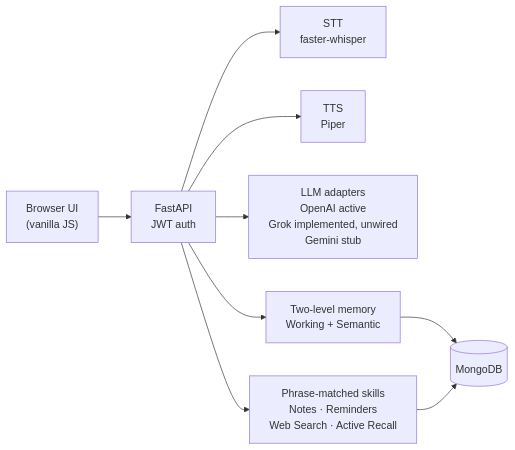
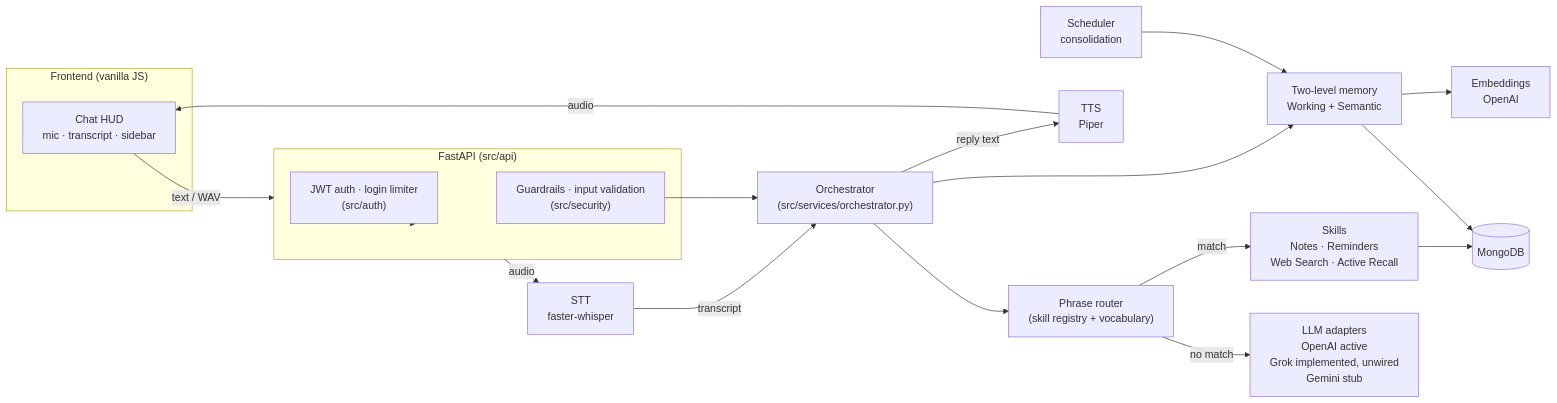
The diagram in README.md (ANY1-hub/pa-voice-mvp), drawn with Mermaid before and after one commit. The commit also changed other lines of this file and 2 other files, not shown here.

Commit message:
docs(readme): archived-capstone status, author section, coverage badge, demo GIF, Mermaid flow
- Status: Archived capstone v0.4.0, successor in planning
- Author section (GitHub profile + issues, no invented contacts)
- Static coverage badge 92% (local CI-equivalent run, 91.87%)
- docs/images/demo.gif: slideshow of existing screenshots (not a live recording)
- Mermaid diagram reflects src/ request flow
- Drop internal 'private tooling names' sentence
- Update README contract test for the new status line

````diff
--- a/README.md
+++ b/README.md
@@ -25,20 +30,37 @@
 ```mermaid
 flowchart LR
-  UI["Browser UI\n(vanilla JS)"]
-  API["FastAPI\nJWT auth"]
+  subgraph FE["Frontend (vanilla JS)"]
+    HUD["Chat HUD\nmic · transcript · sidebar"]
+  end
+  subgraph API["FastAPI (src/api)"]
+    Auth["JWT auth · login limiter\n(src/auth)"]
+    Guard["Guardrails · input validation\n(src/security)"]
+  end
   STT["STT\nfaster-whisper"]
+  Orch["Orchestrator\n(src/services/orchestrator.py)"]
+  Router["Phrase router\n(skill registry + vocabulary)"]
+  Skills["Skills\nNotes · Reminders\nWeb Search · Active Recall"]
+  Mem["Two-level memory\nWorking + Semantic"]
+  Emb["Embeddings\nOpenAI"]
+  LLM["LLM adapters\nOpenAI active\nGrok implemented, unwired\nGemini stub"]
   TTS["TTS\nPiper"]
-  LLM["LLM adapters\nOpenAI active\nGrok implemented, unwired\nGemini stub"]
-  Skills["Phrase-matched skills\nNotes · Reminders\nWeb Search · Active Recall"]
-  Mem["Two-level memory\nWorking + Semantic"]
+  Sched["Scheduler\nconsolidation"]
   DB[(MongoDB)]
 
-  UI --> API
-  API --> STT
-  API --> TTS
-  API --> Skills
-  API --> LLM
-  API --> Mem
+  HUD -->|text / WAV| API
+  API --> Auth
+  API --> Guard
+  API -->|audio| STT
+  STT -->|transcript| Orch
+  Guard --> Orch
+  Orch --> Router
+  Router -->|match| Skills
+  Router -->|no match| LLM
+  Orch --> Mem
+  Mem --> Emb
+  Orch -->|reply text| TTS
+  TTS -->|audio| HUD
+  Skills --> DB
   Mem --> DB
-  Skills --> DB
+  Sched --> Mem
 ```
````
